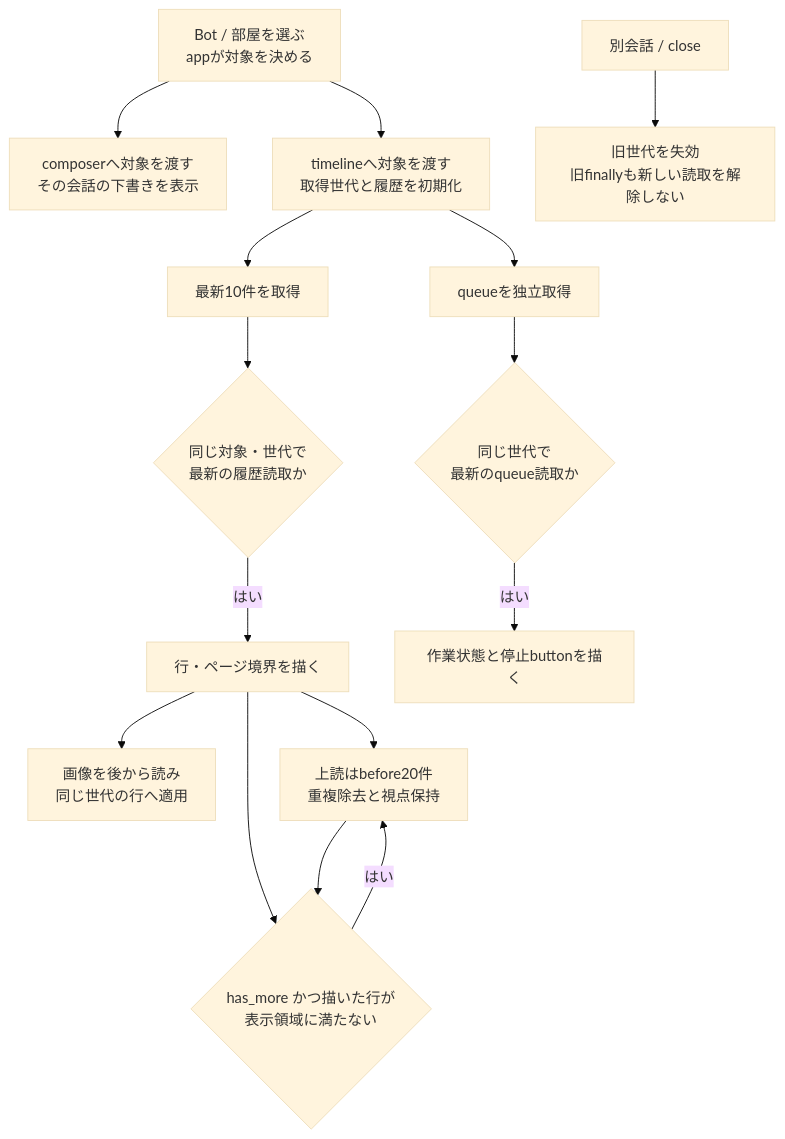
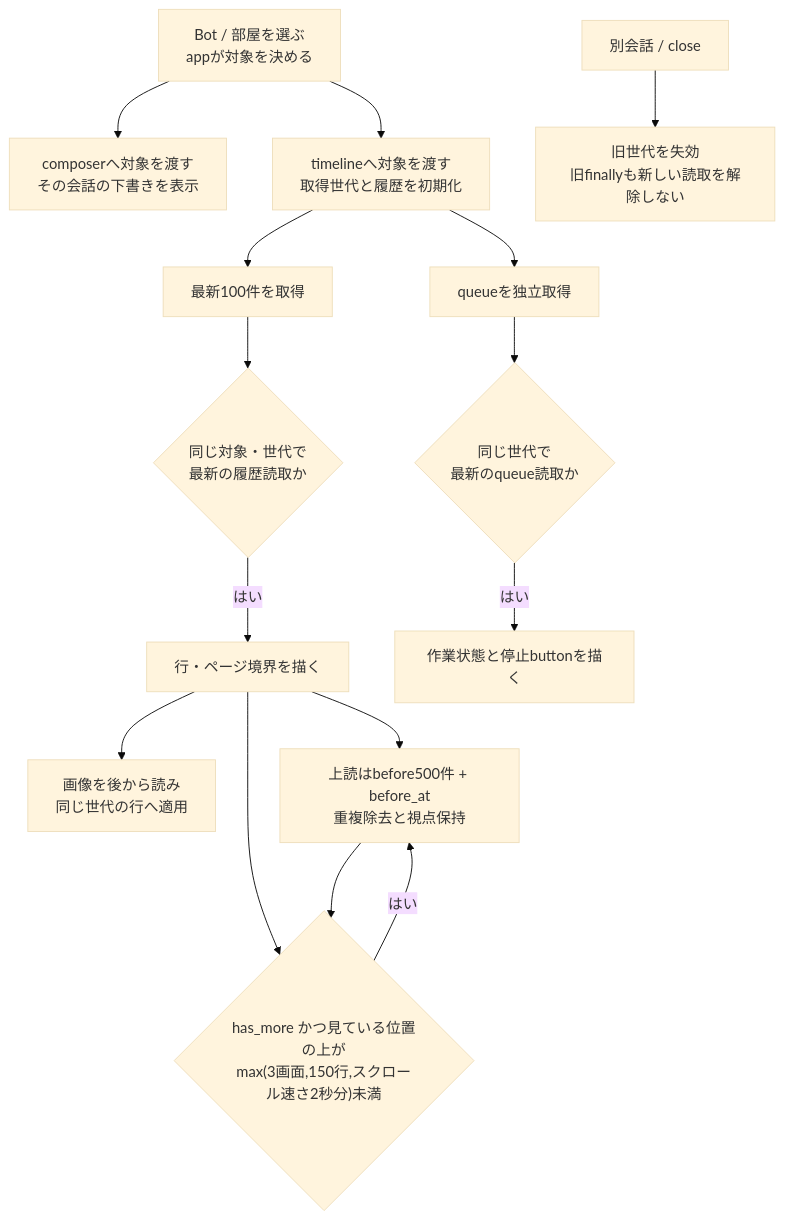
The third of 16 diagrams in docs/architecture/modules/web/conversation.md (kitepon/BellTeam), drawn with Mermaid (base theme) before and after one commit. The commit also changed other lines of this file and 2 other files, not shown here.

Commit message:
a471-scrollback-web: first page 100, older pages 500 with before_at, prefetch by the reserve above the view

````diff
--- a/docs/architecture/modules/web/conversation.md
+++ b/docs/architecture/modules/web/conversation.md
@@ -76,17 +76,17 @@
 ```mermaid
 flowchart TD
   Select["Bot / 部屋を選ぶ<br/>appが対象を決める"] --> Input["composerへ対象を渡す<br/>その会話の下書きを表示"]
   Select --> Open["timelineへ対象を渡す<br/>取得世代と履歴を初期化"]
-  Open --> Page["最新10件を取得"]
+  Open --> Page["最新100件を取得"]
   Open --> Queue["queueを独立取得"]
   Page --> Valid{"同じ対象・世代で<br/>最新の履歴読取か"}
   Queue --> QValid{"同じ世代で<br/>最新のqueue読取か"}
   Valid -->|"はい"| Rows["行・ページ境界を描く"]
   QValid -->|"はい"| Tail["作業状態と停止buttonを描く"]
   Rows --> Images["画像を後から読み<br/>同じ世代の行へ適用"]
-  Rows --> Older["上読はbefore20件<br/>重複除去と視点保持"]
-  Rows --> Fill{"has_more かつ描いた行が<br/>表示領域に満たない"}
+  Rows --> Older["上読はbefore500件 + before_at<br/>重複除去と視点保持"]
+  Rows --> Fill{"has_more かつ見ている位置の上が<br/>max(3画面,150行,スクロール速さ2秒分)未満"}
   Fill -->|"はい"| Older
   Older --> Fill
   Change["別会話 / close"] --> Invalidate["旧世代を失効<br/>旧finallyも新しい読取を解除しない"]
 ```
````
